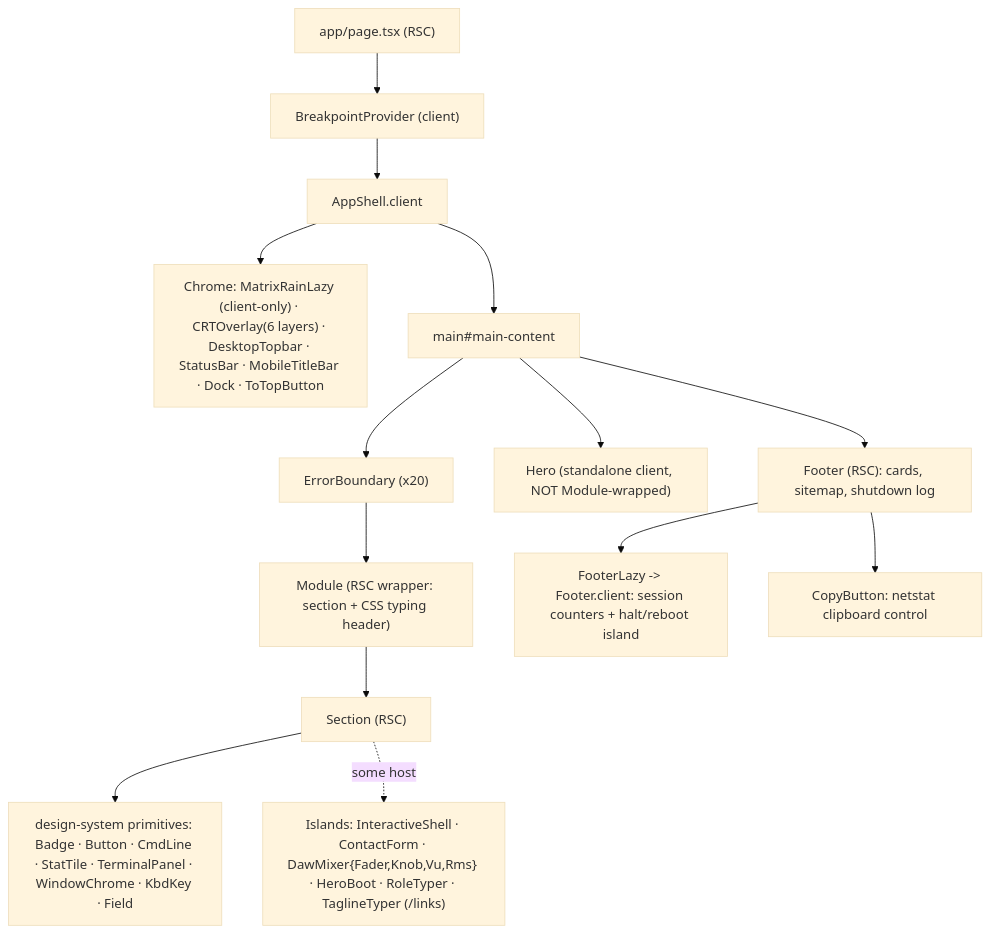
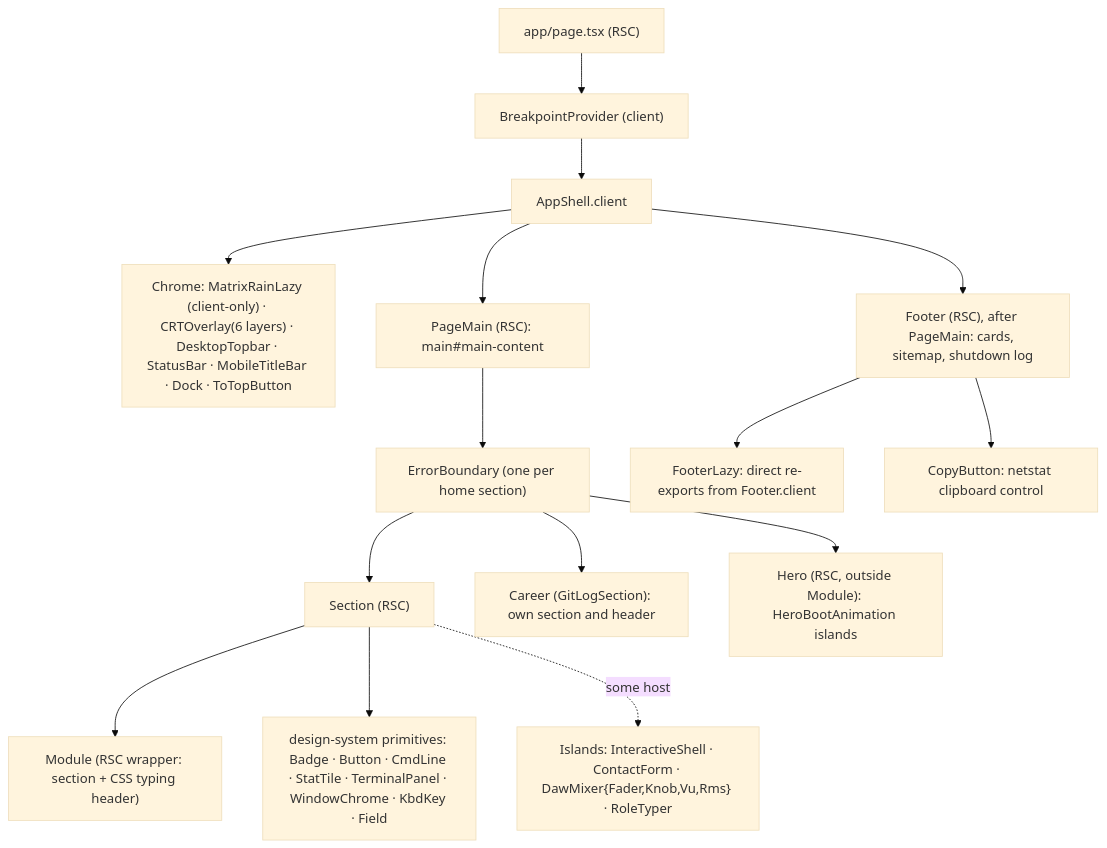
Before and after one commit to erikunha/portfolio: the first of 2 diagrams in docs/04-components-and-state.md, drawn with Mermaid (base theme). The commit also changed other lines of this file and 30 other files, not shown here.

First line of the commit message:
docs(terminal-redesign): sync docs and diagrams with the redesign; review only on request (#291)

````diff
--- a/docs/04-components-and-state.md
+++ b/docs/04-components-and-state.md
@@ -24,16 +24,18 @@
 ```mermaid
 flowchart TD
     page["app/page.tsx (RSC)"] --> bp["BreakpointProvider (client)"]
     bp --> shell["AppShell.client"]
     shell --> chrome["Chrome: MatrixRainLazy (client-only) · CRTOverlay(6 layers) · DesktopTopbar · StatusBar · MobileTitleBar · Dock · ToTopButton"]
-    shell --> main["main#main-content"]
-    main --> eb["ErrorBoundary (x20)"]
-    eb --> mod["Module (RSC wrapper: section + CSS typing header)"]
-    mod --> sec["Section (RSC)"]
+    shell --> main["PageMain (RSC): main#main-content"]
+    main --> eb["ErrorBoundary (one per home section)"]
+    eb --> sec
+    mod["Module (RSC wrapper: section + CSS typing header)"]
+    sec["Section (RSC)"] --> mod
     sec --> dsp["design-system primitives: Badge · Button · CmdLine · StatTile · TerminalPanel · WindowChrome · KbdKey · Field"]
-    sec -. some host .-> isl["Islands: InteractiveShell · ContactForm · DawMixer{Fader,Knob,Vu,Rms} · HeroBoot · RoleTyper · TaglineTyper (/links)"]
-    main --> hero["Hero (standalone client, NOT Module-wrapped)"]
-    main --> fl["Footer (RSC): cards, sitemap, shutdown log"]
-    fl --> fi["FooterLazy -> Footer.client: session counters + halt/reboot island"]
+    sec -. some host .-> isl["Islands: InteractiveShell · ContactForm · DawMixer{Fader,Knob,Vu,Rms} · RoleTyper"]
+    eb --> career["Career (GitLogSection): own section and header"]
+    eb --> hero["Hero (RSC, outside Module): HeroBootAnimation islands"]
+    shell --> fl["Footer (RSC), after PageMain: cards, sitemap, shutdown log"]
+    fl --> fi["FooterLazy: direct re-exports from Footer.client"]
     fl --> fc["CopyButton: netstat clipboard control"]
 ```
````
